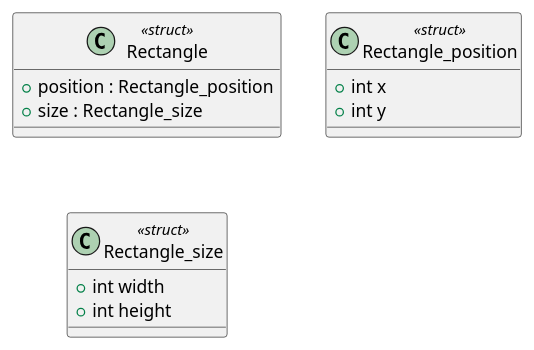
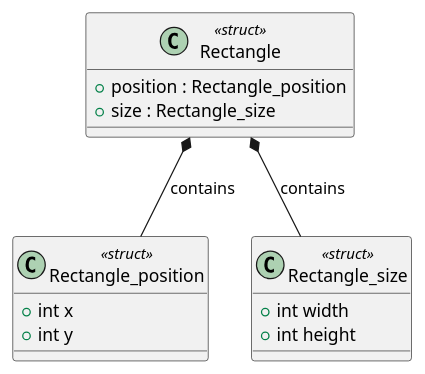
Before and after one commit to fischerjooo/c2puml: the third of 3 diagrams in TODO_analysis.md, drawn with PlantUML. The commit also changed other lines of this file and 2 other files, not shown here.

Commit message:
Add composition relationships for anonymous structures in UML

````diff
--- a/TODO_analysis.md
+++ b/TODO_analysis.md
@@ -352,16 +365,19 @@
 ```plantuml
 class "Rectangle" <<struct>> {
     + position : Rectangle_position
     + size : Rectangle_size
 }
 
 class "Rectangle_position" <<struct>> {
     + int x
     + int y
 }
 
 class "Rectangle_size" <<struct>> {
     + int width
     + int height
 }
+
+Rectangle *-- Rectangle_position : contains
+Rectangle *-- Rectangle_size : contains
 ```
````
